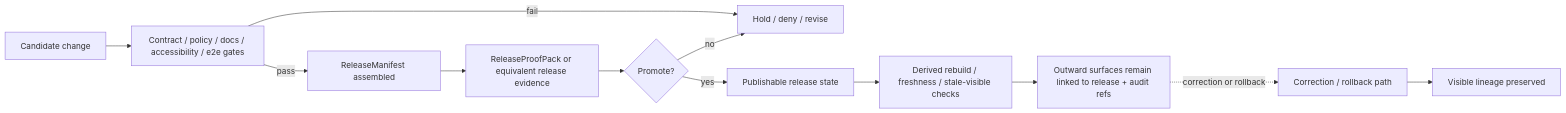
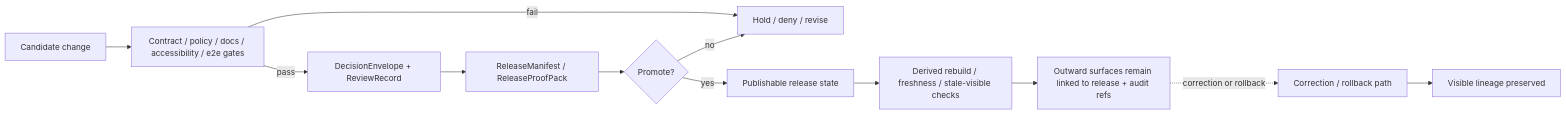
One commit to bartytime4life/Kansas-Frontier-Matrix changed the diagram in tests/e2e/release_assembly/README.md. Above: the diagram before and after it, drawn with Mermaid. The commit also changed other lines of this file, not shown here.

First line of the commit message:
Update README.md for release assembly

````diff
--- a/tests/e2e/release_assembly/README.md
+++ b/tests/e2e/release_assembly/README.md
@@ -268,14 +329,14 @@
 ```mermaid
 flowchart LR
     A[Candidate change] --> B[Contract / policy / docs / accessibility / e2e gates]
-    B -->|pass| C[ReleaseManifest assembled]
-    C --> D[ReleaseProofPack or equivalent release evidence]
+    B -->|pass| C[DecisionEnvelope + ReviewRecord]
+    C --> D[ReleaseManifest / ReleaseProofPack]
+    B -->|fail| X[Hold / deny / revise]
     D --> E{Promote?}
-    B -->|fail| X[Hold / deny / revise]
     E -->|no| X
     E -->|yes| F[Publishable release state]
     F --> G[Derived rebuild / freshness / stale-visible checks]
     G --> H[Outward surfaces remain linked to release + audit refs]
     H -. correction or rollback .-> I[Correction / rollback path]
     I --> J[Visible lineage preserved]
 ```
````
